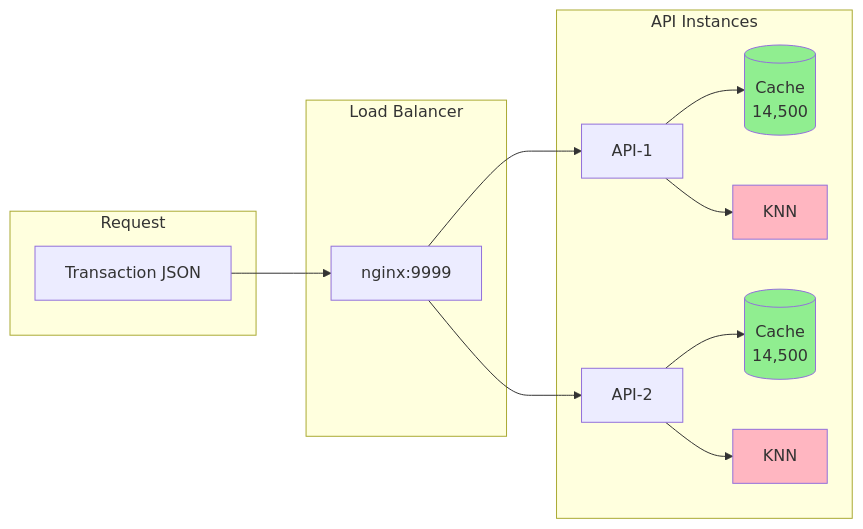
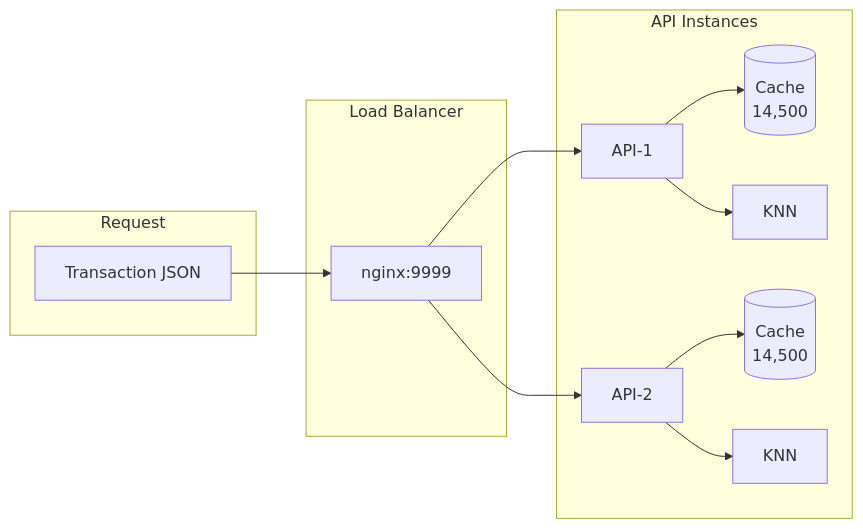
The second of 2 diagrams in README.md (fabianoflorentino/fraudctl), drawn with Mermaid before and after one commit. The commit also changed 1 other file, not shown here.

Commit message:
docs: improve ARCHITECTURE.md with sequence diagram and cache paths

````diff
--- a/README.md
+++ b/README.md
@@ -109,26 +109,26 @@
 ```mermaid
 flowchart LR
     subgraph Request
         A[Transaction JSON]
     end
 
     subgraph nginx[Load Balancer]
         B[nginx:9999]
     end
 
     subgraph apis[API Instances]
         C[API-1] --> D[(Cache<br/>14,500)]
         E[API-2] --> F[(Cache<br/>14,500)]
         C --> G[KNN]
         E --> H[KNN]
     end
 
     A --> B
     B --> C
     B --> E
 
-    style D fill:#90EE90
-    style F fill:#90EE90
-    style G fill:#FFB6C1
-    style H fill:#FFB6C1
+    style D fill:#90EE90 color: #000000
+    style F fill:#90EE90 color: #000000
+    style G fill:#FFB6C1 color: #000000
+    style H fill:#FFB6C1 color: #000000
 ```
````
